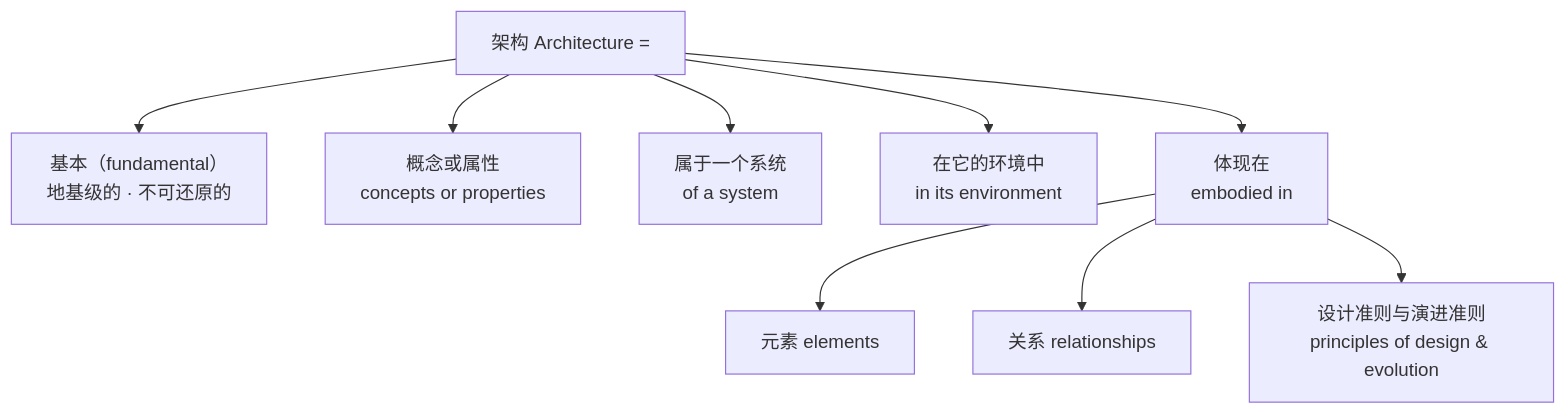
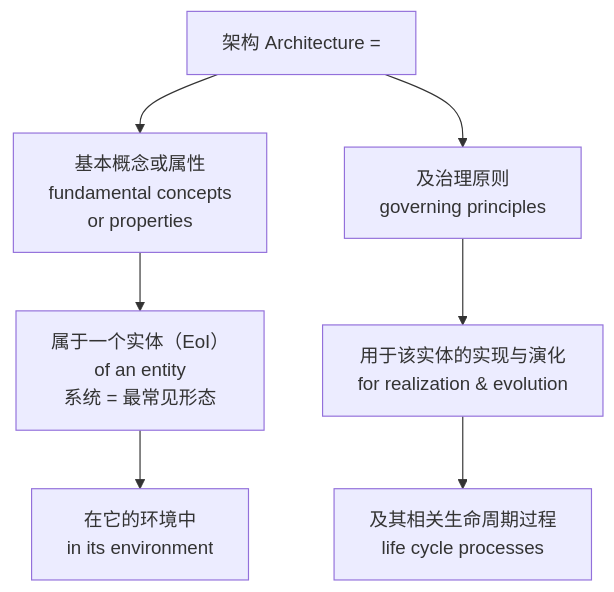
The second of 5 diagrams in 50-research/03-架构师是个怎样的物种/10-第10章-架构.md (Yongjunzhou/AOS-system-design), drawn with Mermaid before and after one commit. The commit also changed other lines of this file and 10 other files, not shown here.

````diff
--- a/50-research/03-架构师是个怎样的物种/10-第10章-架构.md
+++ b/50-research/03-架构师是个怎样的物种/10-第10章-架构.md
@@ -125,11 +127,9 @@
 ```mermaid
 flowchart TD
-    A["架构 Architecture ="] --> B["基本（fundamental）<br/>地基级的 · 不可还原的"]
-    A --> C["概念或属性<br/>concepts or properties"]
-    A --> D["属于一个系统<br/>of a system"]
-    A --> E["在它的环境中<br/>in its environment"]
-    A --> F["体现在<br/>embodied in"]
-    F --> G["元素 elements"]
-    F --> H["关系 relationships"]
-    F --> I["设计准则与演进准则<br/>principles of design & evolution"]
+    A["架构 Architecture ="] --> B["基本概念或属性<br/>fundamental concepts<br/>or properties"]
+    B --> C["属于一个实体（EoI）<br/>of an entity<br/>系统 = 最常见形态"]
+    C --> D["在它的环境中<br/>in its environment"]
+    A --> Z["及治理原则<br/>governing principles"]
+    Z --> E["用于该实体的实现与演化<br/>for realization & evolution"]
+    E --> F["及其相关生命周期过程<br/>life cycle processes"]
 ```
````
